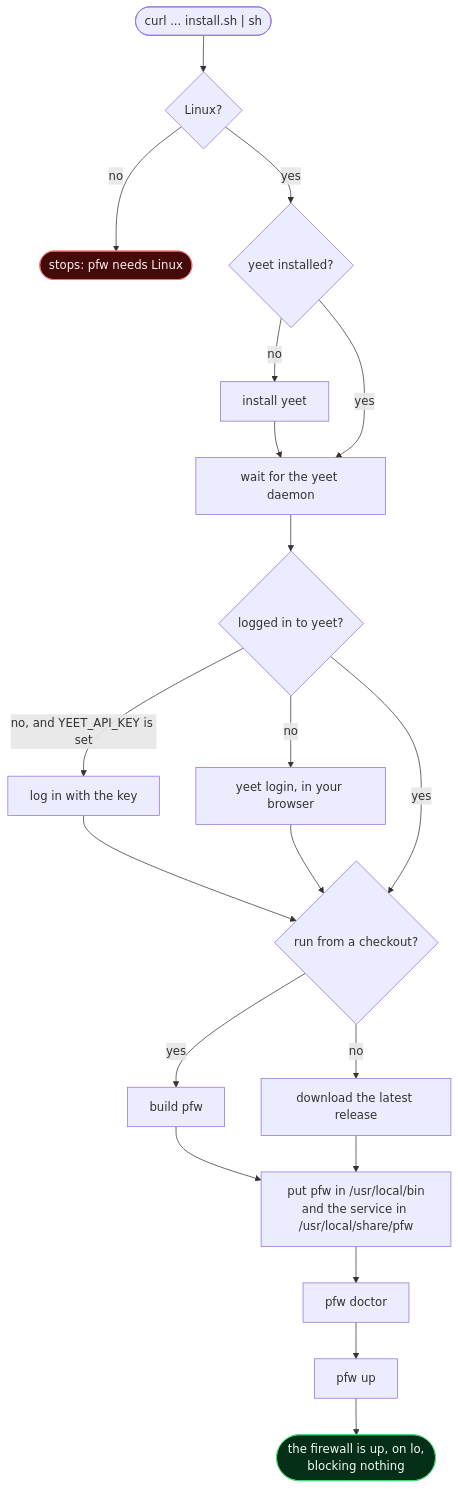
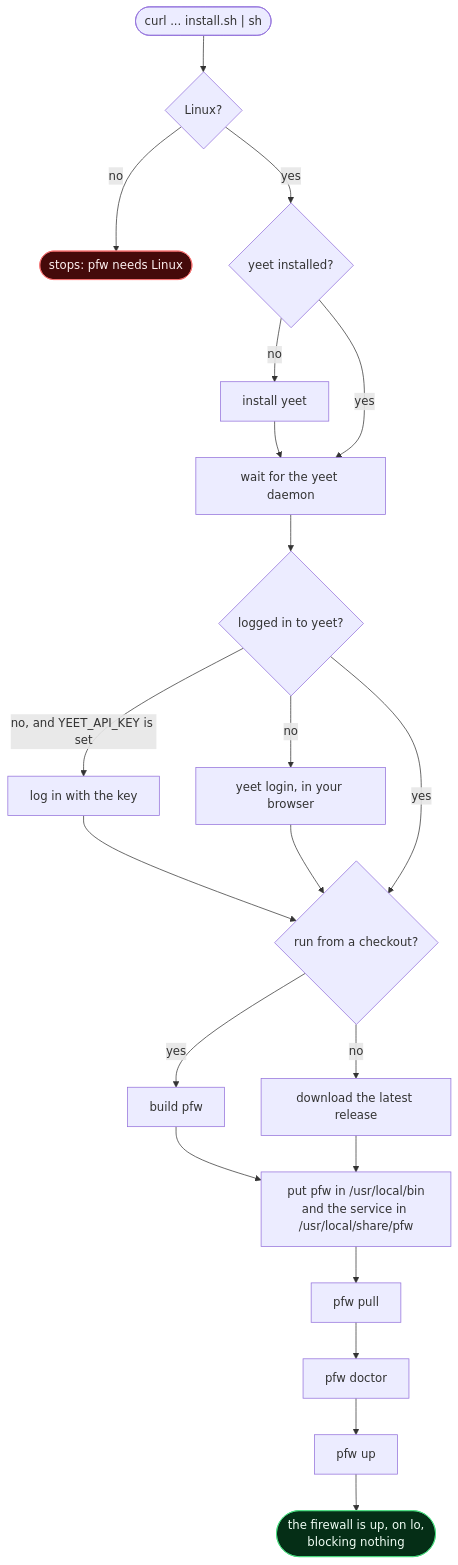
Before and after one commit to yeet-src/pfw: the diagram in docs/install.md, drawn with Mermaid. The commit also changed other lines of this file and 4 other files, not shown here.

````diff
--- a/docs/install.md
+++ b/docs/install.md
@@ -34,22 +35,23 @@
 ```mermaid
 flowchart TD
     start(["curl ... install.sh | sh"]) --> linux{"Linux?"}
     linux -->|"no"| stop1(["stops: pfw needs Linux"])
     linux -->|"yes"| yeet{"yeet installed?"}
     yeet -->|"no"| getyeet["install yeet"] --> daemon
     yeet -->|"yes"| daemon["wait for the yeet daemon"]
     daemon --> login{"logged in to yeet?"}
     login -->|"no, and YEET_API_KEY is set"| key["log in with the key"] --> get
     login -->|"no"| browser["yeet login, in your browser"] --> get
     login -->|"yes"| get{"run from a checkout?"}
     get -->|"yes"| build["build pfw"] --> place
     get -->|"no"| download["download the latest release"] --> place
-    place["put pfw in /usr/local/bin<br/>and the service in /usr/local/share/pfw"] --> doctor["pfw doctor"]
+    place["put pfw in /usr/local/bin<br/>and the service in /usr/local/share/pfw"] --> pull["pfw pull"]
+    pull --> doctor["pfw doctor"]
     doctor --> up["pfw up"]
     up --> done(["the firewall is up, on lo,<br/>blocking nothing"])
 
     classDef stop fill:#450a0a,stroke:#f87171,color:#fef2f2
     classDef good fill:#052e16,stroke:#4ade80,color:#f0fdf4
     class stop1 stop
     class done good
 ```
````
